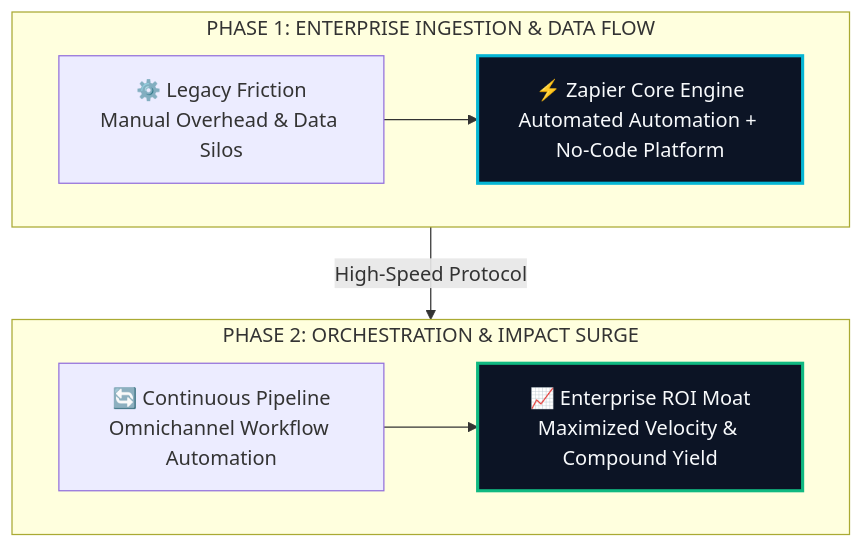
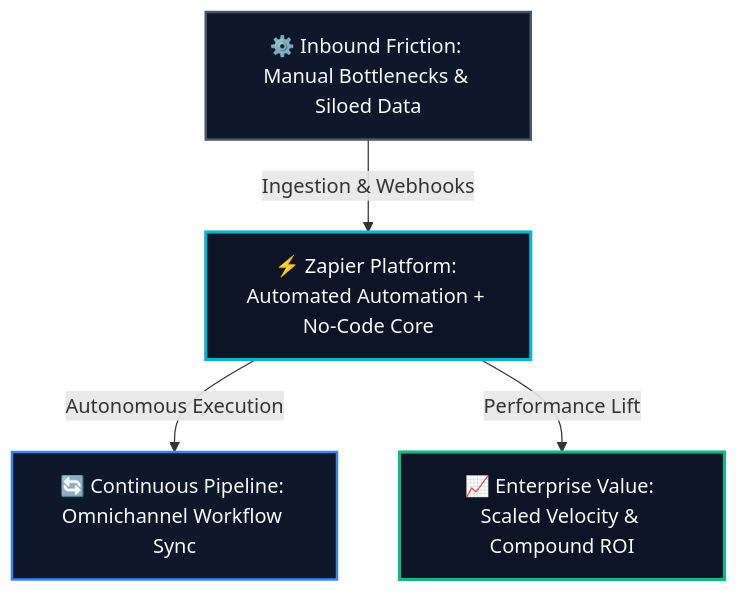
Before and after one commit to heliatech-media/saas-radar: the diagram in site/src/content/blog/best-zapier-alternatives-2026.md, drawn with Mermaid. The commit also changed 93 other files, not shown here.

First line of the commit message:
fix(diagrams): resolve dagre-d3 subgraph collision by migrating to balanced 3-tier Hub & Spoke architecture

````diff
--- a/site/src/content/blog/best-zapier-alternatives-2026.md
+++ b/site/src/content/blog/best-zapier-alternatives-2026.md
@@ -112,14 +112,14 @@
 ```mermaid
 flowchart TD
-    subgraph S1["PHASE 1: ENTERPRISE INGESTION & DATA FLOW"]
-        direction LR
-        A["⚙️ Legacy Friction<br/>Manual Overhead & Data Silos"] --> B["⚡ Zapier Core Engine<br/>Automated Automation + No-Code Platform"]
-    end
-    subgraph S2["PHASE 2: ORCHESTRATION & IMPACT SURGE"]
-        direction LR
-        C["🔄 Continuous Pipeline<br/>Omnichannel Workflow Automation"] --> D["📈 Enterprise ROI Moat<br/>Maximized Velocity & Compound Yield"]
-    end
-    S1 -->|High-Speed Protocol| S2
-    style B fill:#0c1425,stroke:#06b6d4,stroke-width:2.5px,color:#f8fafc
-    style D fill:#0c1425,stroke:#10b981,stroke-width:2.5px,color:#f8fafc
+    Inp["⚙️ Inbound Friction: Manual Bottlenecks & Siloed Data"]
+    Eng["⚡ Zapier Platform: Automated Automation + No-Code Core"]
+    Out1["🔄 Continuous Pipeline: Omnichannel Workflow Sync"]
+    Out2["📈 Enterprise Value: Scaled Velocity & Compound ROI"]
+    Inp -->|Ingestion & Webhooks| Eng
+    Eng -->|Autonomous Execution| Out1
+    Eng -->|Performance Lift| Out2
+    style Inp fill:#0f172a,stroke:#475569,stroke-width:2px,color:#f8fafc
+    style Eng fill:#0c1425,stroke:#06b6d4,stroke-width:2.5px,color:#f8fafc
+    style Out1 fill:#0f172a,stroke:#3b82f6,stroke-width:2px,color:#f8fafc
+    style Out2 fill:#0c1425,stroke:#10b981,stroke-width:2.5px,color:#f8fafc
 ```
````
